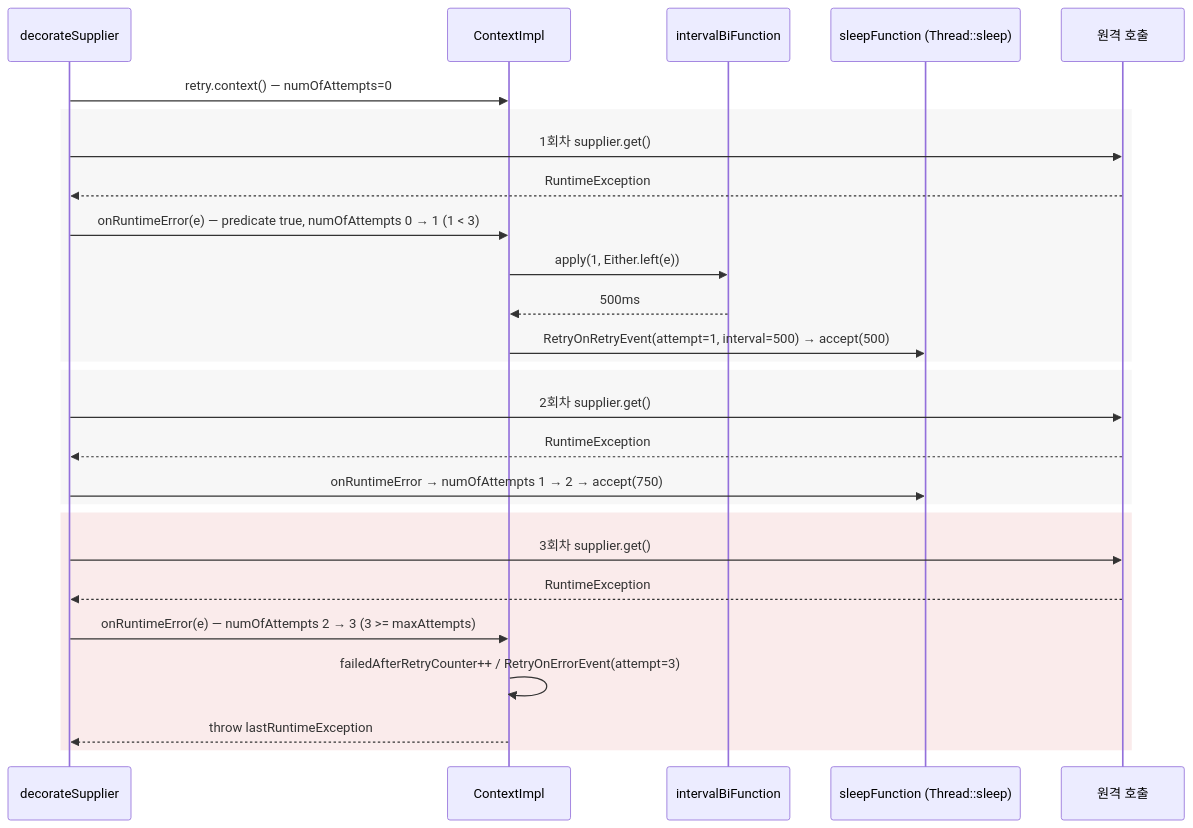
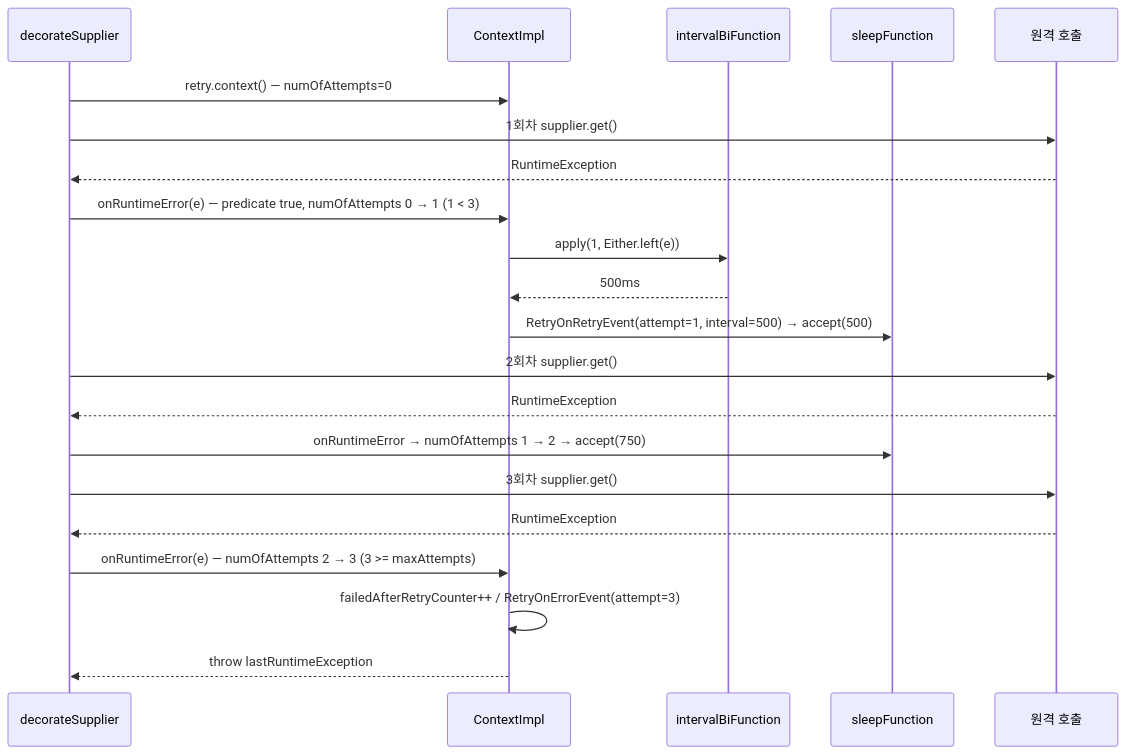
Before and after one commit to ktae23/TIL: the diagram in resilience4j/main/08-retry-internals.md, drawn with Mermaid. The commit also changed other lines of this file and 1 other file, not shown here.

````diff
--- a/resilience4j/main/08-retry-internals.md
+++ b/resilience4j/main/08-retry-internals.md
@@ -131,30 +104,23 @@
 ```mermaid
 sequenceDiagram
     participant D as decorateSupplier
     participant C as ContextImpl
     participant IF as intervalBiFunction
-    participant S as sleepFunction (Thread::sleep)
+    participant S as sleepFunction
     participant R as 원격 호출
-
     D->>C: retry.context() — numOfAttempts=0
-    rect rgba(200,200,200,0.15)
     D->>R: 1회차 supplier.get()
     R-->>D: RuntimeException
     D->>C: onRuntimeError(e) — predicate true, numOfAttempts 0 → 1 (1 < 3)
     C->>IF: apply(1, Either.left(e))
     IF-->>C: 500ms
     C->>S: RetryOnRetryEvent(attempt=1, interval=500) → accept(500)
-    end
-    rect rgba(200,200,200,0.15)
     D->>R: 2회차 supplier.get()
     R-->>D: RuntimeException
     D->>S: onRuntimeError → numOfAttempts 1 → 2 → accept(750)
-    end
-    rect rgba(220,120,120,0.15)
     D->>R: 3회차 supplier.get()
     R-->>D: RuntimeException
     D->>C: onRuntimeError(e) — numOfAttempts 2 → 3 (3 >= maxAttempts)
     C->>C: failedAfterRetryCounter++ / RetryOnErrorEvent(attempt=3)
     C-->>D: throw lastRuntimeException
-    end
 ```
````
